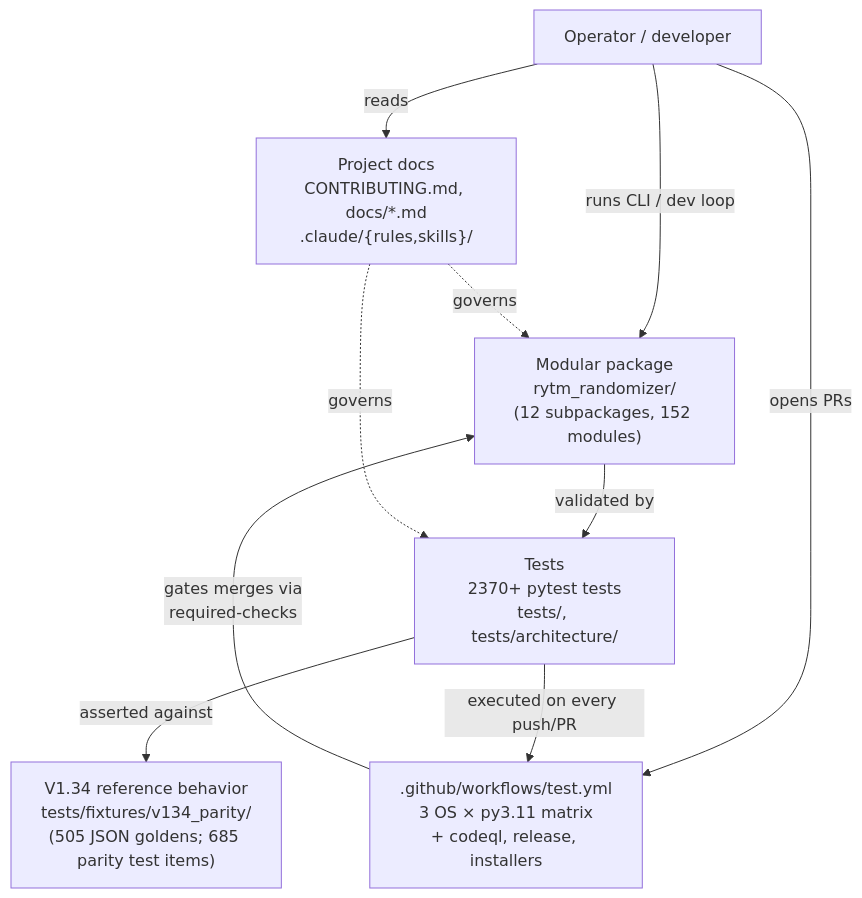
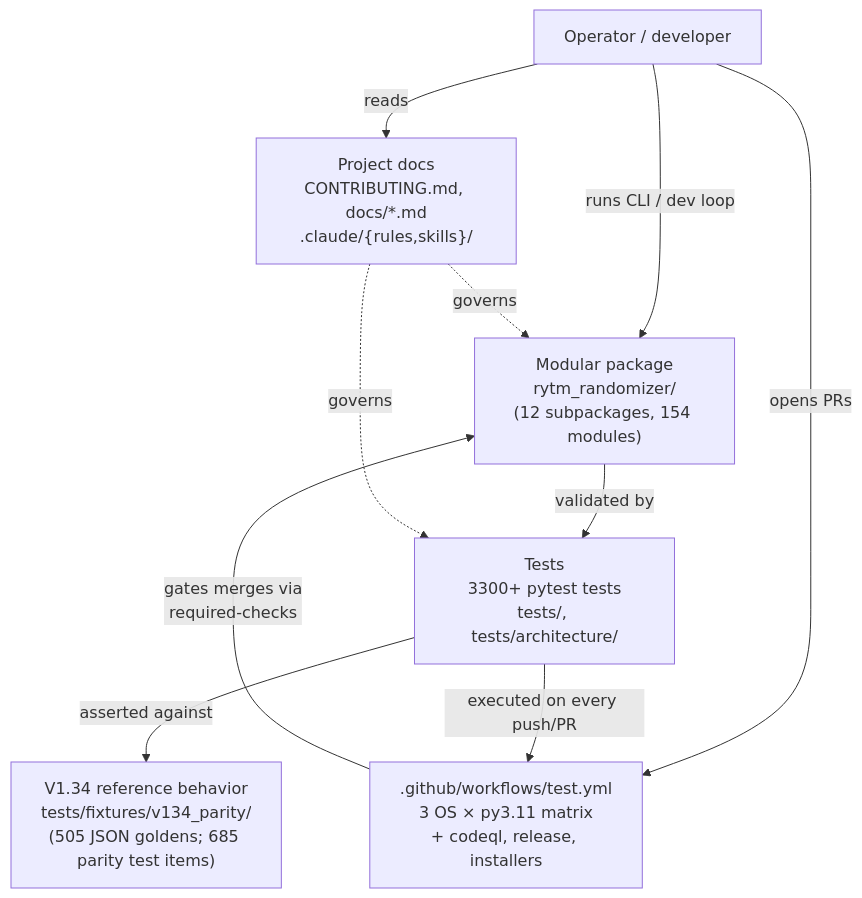
One commit to buzzijose-hub/RytmRandomizer changed the first of 26 diagrams in docs/ARCHITECTURE_DIAGRAMS.md. Above: the diagram before and after it, drawn with Mermaid. The commit also changed other lines of this file and 12 other files, not shown here.

````diff
--- a/docs/ARCHITECTURE_DIAGRAMS.md
+++ b/docs/ARCHITECTURE_DIAGRAMS.md
@@ -47,22 +47,22 @@
 ```mermaid
 flowchart TB
     User["Operator / developer"]
     V134["V1.34 reference behavior<br/>tests/fixtures/v134_parity/<br/>(505 JSON goldens; 685 parity test items)"]
-    Package["Modular package<br/>rytm_randomizer/<br/>(12 subpackages, 152 modules)"]
-    Tests["Tests<br/>2370+ pytest tests<br/>tests/, tests/architecture/"]
+    Package["Modular package<br/>rytm_randomizer/<br/>(12 subpackages, 154 modules)"]
+    Tests["Tests<br/>3300+ pytest tests<br/>tests/, tests/architecture/"]
     CI[".github/workflows/test.yml<br/>3 OS × py3.11 matrix<br/>+ codeql, release, installers"]
     Docs["Project docs<br/>CONTRIBUTING.md, docs/*.md<br/>.claude/{rules,skills}/"]
 
     User -->|"runs CLI / dev loop"| Package
     User -->|"opens PRs"| CI
     User -->|"reads"| Docs
 
     Package -->|"validated by"| Tests
     Tests -->|"asserted against"| V134
     Tests -->|"executed on every push/PR"| CI
 
     CI -->|"gates merges via<br/>required-checks"| Package
 
     Docs -.->|"governs"| Package
     Docs -.->|"governs"| Tests
 ```
````
